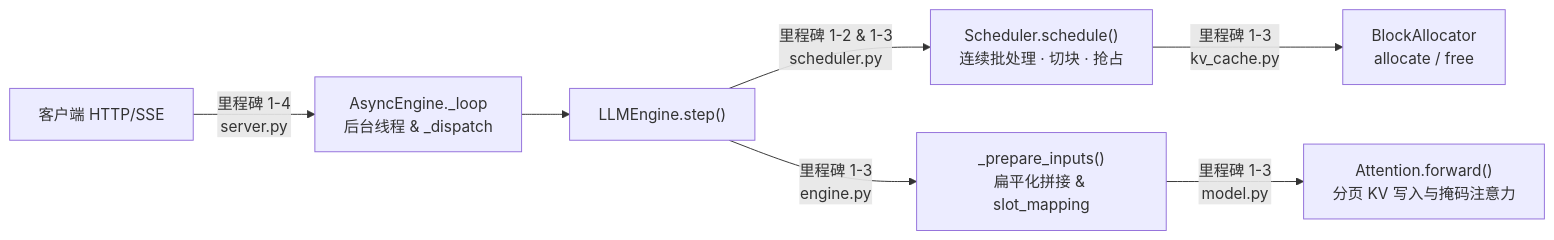
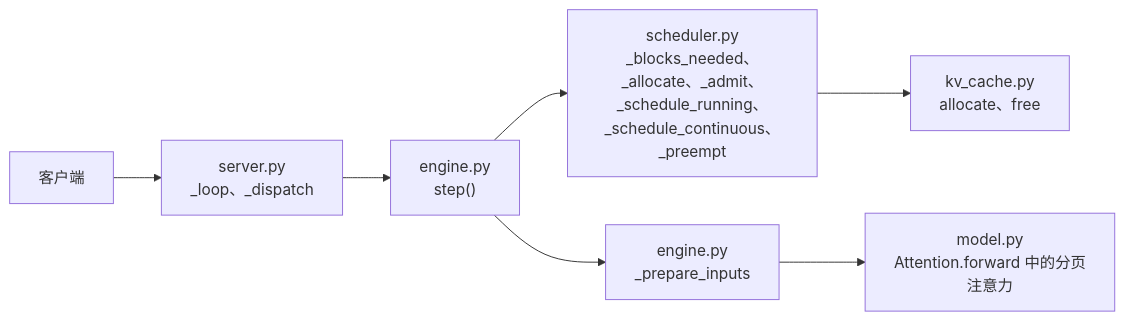
Before and after one commit to zrpxx/hands-on-llm-serving-opt: the diagram in stage1/boss-miniserve.md, drawn with Mermaid. The commit also changed other lines of this file and 46 other files, not shown here.

````diff
--- a/stage1/boss-miniserve.md
+++ b/stage1/boss-miniserve.md
@@ -36,9 +31,9 @@
 ```mermaid
 flowchart LR
-  C["客户端 HTTP/SSE"] -->|"里程碑 1-4<br/>server.py"| LOOP["AsyncEngine._loop<br/>后台线程 & _dispatch"]
-  LOOP --> ENG["LLMEngine.step()"]
-  ENG -->|"里程碑 1-2 & 1-3<br/>scheduler.py"| SCH["Scheduler.schedule()<br/>连续批处理 · 切块 · 抢占"]
-  SCH -->|"里程碑 1-3<br/>kv_cache.py"| KV["BlockAllocator<br/>allocate / free"]
-  ENG -->|"里程碑 1-3<br/>engine.py"| PREP["_prepare_inputs()<br/>扁平化拼接 & slot_mapping"]
-  PREP -->|"里程碑 1-3<br/>model.py"| ATTN["Attention.forward()<br/>分页 KV 写入与掩码注意力"]
+  C["客户端"] --> S["server.py<br/>_loop、_dispatch"]
+  S --> E["engine.py<br/>step()"]
+  E --> SCH["scheduler.py<br/>_blocks_needed、_allocate、_admit、<br/>_schedule_running、_schedule_continuous、_preempt"]
+  SCH --> KV["kv_cache.py<br/>allocate、free"]
+  E --> P["engine.py<br/>_prepare_inputs"]
+  P --> M["model.py<br/>Attention.forward 中的分页注意力"]
 ```
````
